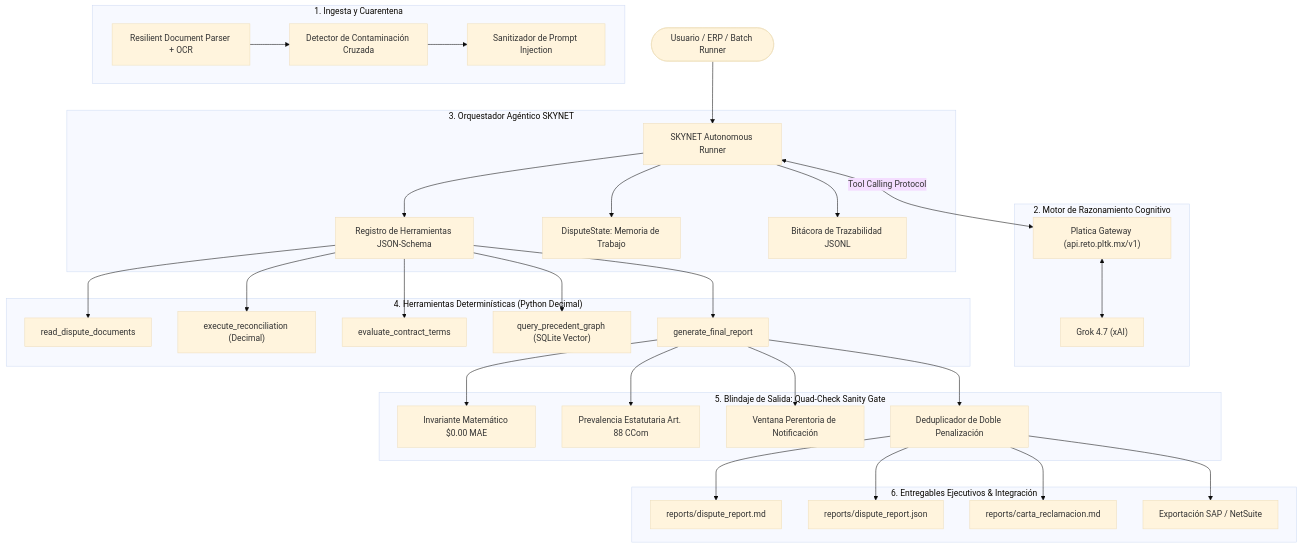
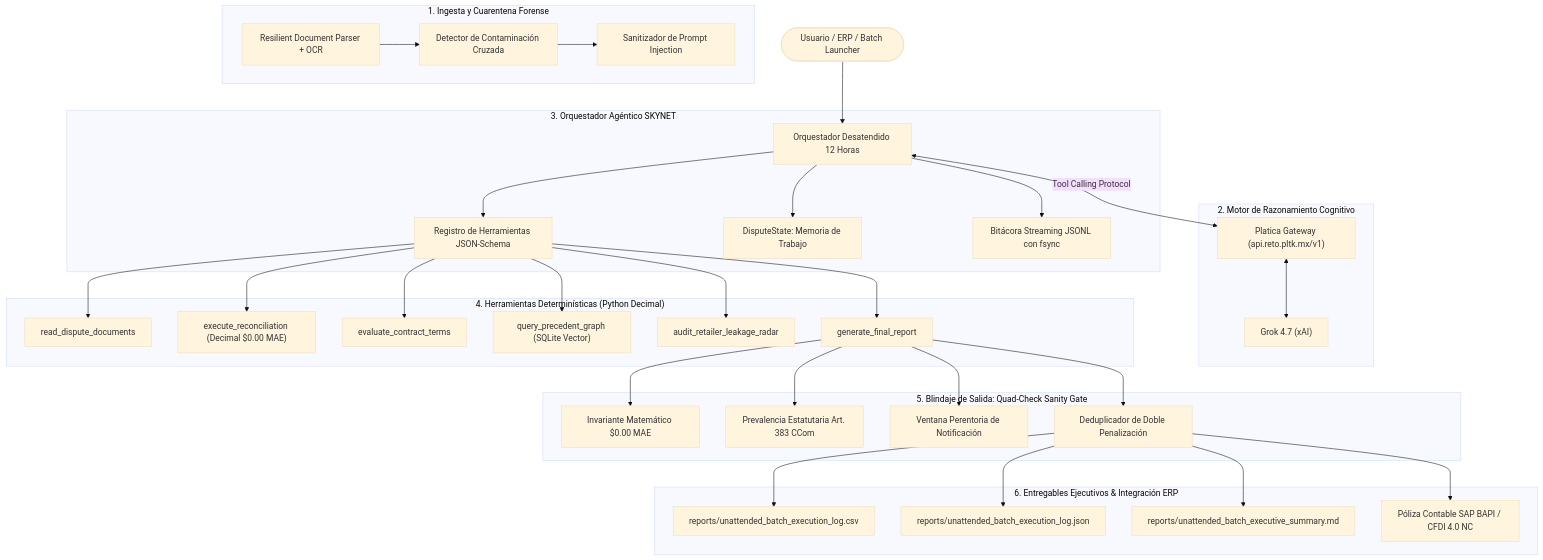
Before and after one commit to Jsebastiansalas/SupplyMind-AI: the diagram in README.md, drawn with Mermaid (base theme). The commit also changed other lines of this file, not shown here.

Commit message:
docs: :memo: actualizar readme con especificacion completa de semana de carga y comandos de verificacion

````diff
--- a/README.md
+++ b/README.md
@@ -109,47 +143,48 @@
 ```mermaid
 graph TD
-    User([Usuario / ERP / Batch Runner]) --> Runner[SKYNET Autonomous Runner]
+    User([Usuario / ERP / Batch Launcher]) --> Runner[Orquestador Desatendido 12 Horas]
     
-    subgraph "1. Ingesta y Cuarentena"
+    subgraph "1. Ingesta y Cuarentena Forense"
         ResilientParser[Resilient Document Parser + OCR]
         AntiContamination[Detector de Contaminación Cruzada]
         PromptSanitizer[Sanitizador de Prompt Injection]
         ResilientParser --> AntiContamination
         AntiContamination --> PromptSanitizer
     end
     
     subgraph "2. Motor de Razonamiento Cognitivo"
         PlaticaGateway["Platica Gateway (api.reto.pltk.mx/v1)"]
         Grok["Grok 4.7 (xAI)"]
         PlaticaGateway <--> Grok
     end
     
     subgraph "3. Orquestador Agéntico SKYNET"
         Runner <-->|Tool Calling Protocol| PlaticaGateway
         Runner --> ToolRegistry[Registro de Herramientas JSON-Schema]
         Runner --> StateMem[DisputeState: Memoria de Trabajo]
-        Runner --> AuditLog[Bitácora de Trazabilidad JSONL]
+        Runner --> StreamLog[Bitácora Streaming JSONL con fsync]
     end
     
     subgraph "4. Herramientas Determinísticas (Python Decimal)"
         ToolRegistry --> T1["read_dispute_documents"]
-        ToolRegistry --> T2["execute_reconciliation (Decimal)"]
+        ToolRegistry --> T2["execute_reconciliation (Decimal $0.00 MAE)"]
         ToolRegistry --> T3["evaluate_contract_terms"]
         ToolRegistry --> T4["query_precedent_graph (SQLite Vector)"]
-        ToolRegistry --> T5["generate_final_report"]
+        ToolRegistry --> T5["audit_retailer_leakage_radar"]
+        ToolRegistry --> T6["generate_final_report"]
     end
     
     subgraph "5. Blindaje de Salida: Quad-Check Sanity Gate"
-        T5 --> SG_Math[Invariante Matemático $0.00 MAE]
-        T5 --> SG_Legal[Prevalencia Estatutaria Art. 88 CCom]
-        T5 --> SG_Window[Ventana Perentoria de Notificación]
-        T5 --> SG_Double[Deduplicador de Doble Penalización]
+        T6 --> SG_Math[Invariante Matemático $0.00 MAE]
+        T6 --> SG_Legal[Prevalencia Estatutaria Art. 383 CCom]
+        T6 --> SG_Window[Ventana Perentoria de Notificación]
+        T6 --> SG_Double[Deduplicador de Doble Penalización]
     end
     
-    subgraph "6. Entregables Ejecutivos & Integración"
-        SG_Double --> ReportMD["reports/dispute_report.md"]
-        SG_Double --> ReportJSON["reports/dispute_report.json"]
-        SG_Double --> DemandLetter["reports/carta_reclamacion.md"]
-        SG_Double --> ERPPayload["Exportación SAP / NetSuite"]
+    subgraph "6. Entregables Ejecutivos & Integración ERP"
+        SG_Double --> BitacoraCSV["reports/unattended_batch_execution_log.csv"]
+        SG_Double --> BitacoraJSON["reports/unattended_batch_execution_log.json"]
+        SG_Double --> SummaryMD["reports/unattended_batch_executive_summary.md"]
+        SG_Double --> ERPPayload["Póliza Contable SAP BAPI / CFDI 4.0 NC"]
     end
 ```
````
